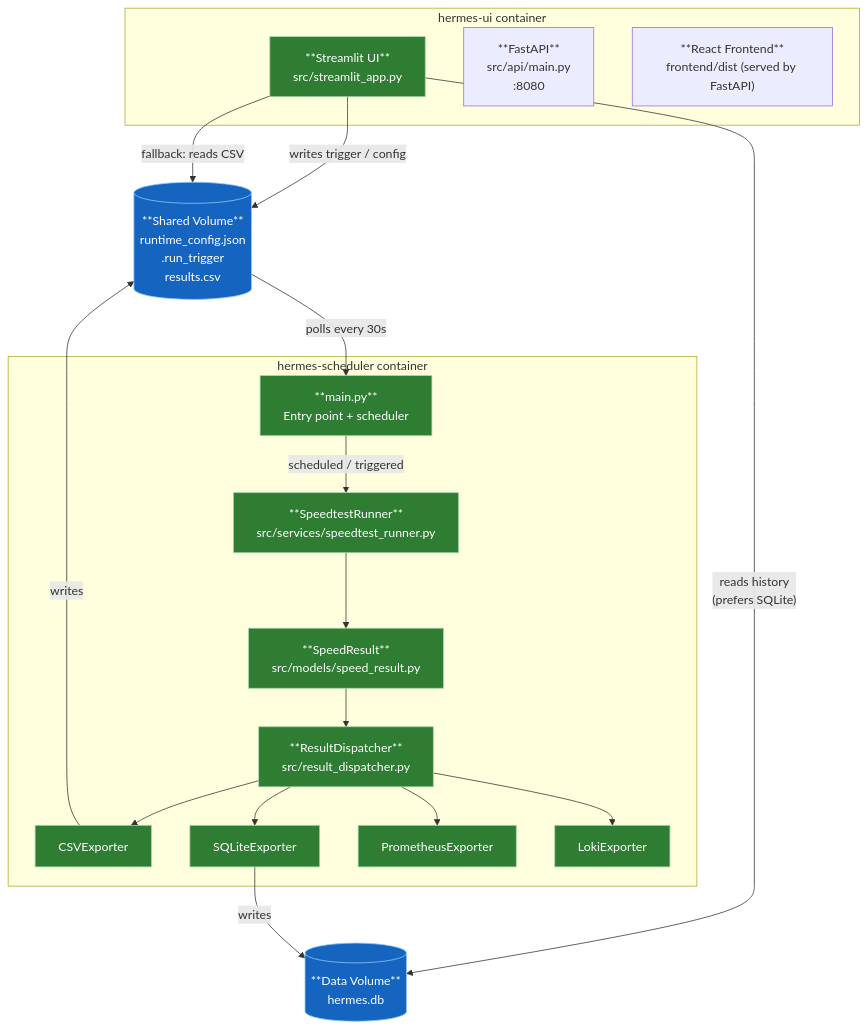
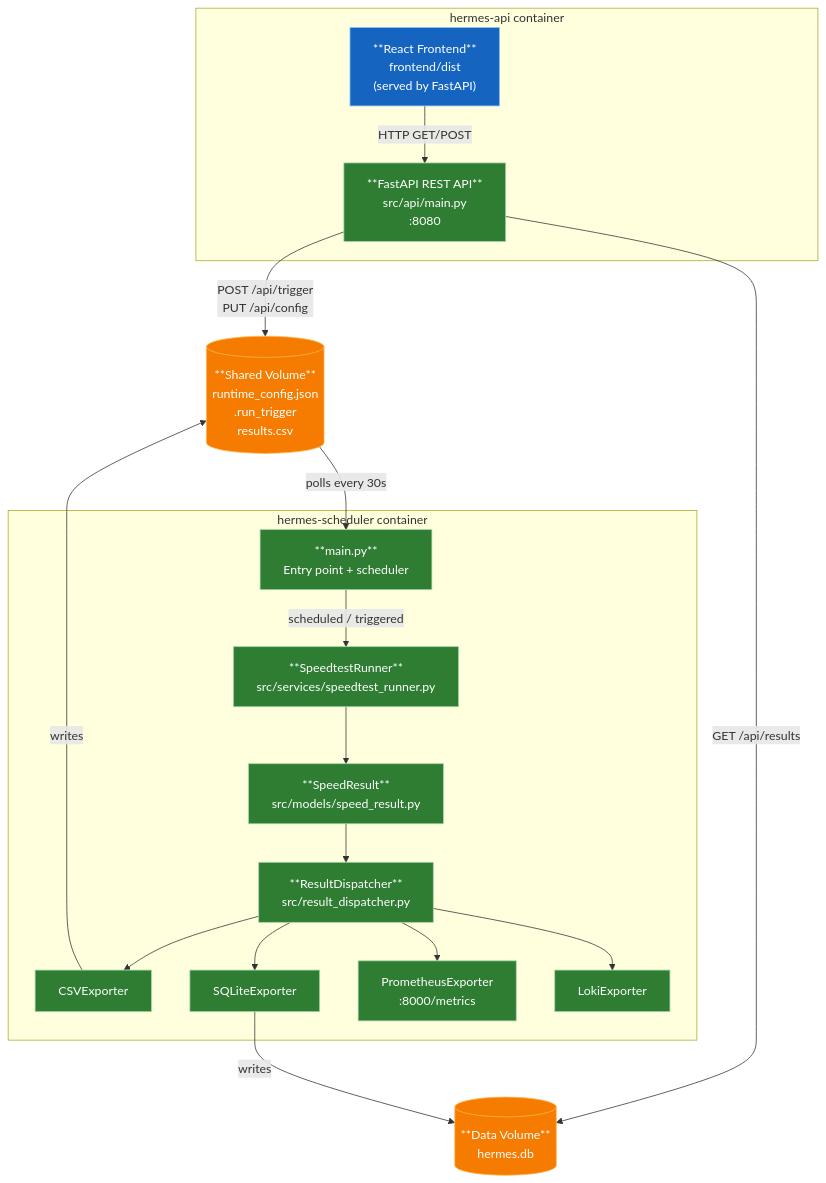
The first of 2 diagrams in README.md (fabell4/Hermes), drawn with Mermaid before and after one commit. The commit also changed other lines of this file and 2 other files, not shown here.

````diff
--- a/README.md
+++ b/README.md
@@ -10,48 +10,48 @@
 ```mermaid
 flowchart TD
-    subgraph UI_CONTAINER["hermes-ui container"]
-        UI["**Streamlit UI**\nsrc/streamlit_app.py"]
-        API["**FastAPI**\nsrc/api/main.py\n:8080"]
-        REACT["**React Frontend**\nfrontend/dist (served by FastAPI)"]
+    subgraph API_CONTAINER["hermes-api container"]
+        API["**FastAPI REST API**\nsrc/api/main.py\n:8080"]
+        REACT["**React Frontend**\nfrontend/dist\n(served by FastAPI)"]
     end
 
     subgraph SCHED_CONTAINER["hermes-scheduler container"]
         MAIN["**main.py**\nEntry point + scheduler"]
         RUNNER["**SpeedtestRunner**\nsrc/services/speedtest_runner.py"]
         MODEL["**SpeedResult**\nsrc/models/speed_result.py"]
         DISP["**ResultDispatcher**\nsrc/result_dispatcher.py"]
         CSV["CSVExporter"]
         SQLITE["SQLiteExporter"]
-        PROM["PrometheusExporter"]
+        PROM["PrometheusExporter\n:8000/metrics"]
         LOKI["LokiExporter"]
     end
 
     SHARED_VOL[("**Shared Volume**\nruntime_config.json\n.run_trigger\nresults.csv")]
     DATA_VOL[("**Data Volume**\nhermes.db")]
 
-    UI -- "writes trigger / config" --> SHARED_VOL
+    REACT -- "HTTP GET/POST" --> API
+    API -- "POST /api/trigger\nPUT /api/config" --> SHARED_VOL
+    API -- "GET /api/results" --> DATA_VOL
     SHARED_VOL -- "polls every 30s" --> MAIN
-    UI -- "reads history\n(prefers SQLite)" --> DATA_VOL
-    UI -- "fallback: reads CSV" --> SHARED_VOL
     MAIN -- "scheduled / triggered" --> RUNNER
     RUNNER --> MODEL
     MODEL --> DISP
     DISP --> CSV
     DISP --> SQLITE
     DISP --> PROM
     DISP --> LOKI
     CSV -- "writes" --> SHARED_VOL
     SQLITE -- "writes" --> DATA_VOL
 
-    style UI fill:#2e7d32,stroke:#a5d6a7,color:#ffffff
+    style API fill:#2e7d32,stroke:#a5d6a7,color:#ffffff
+    style REACT fill:#1565c0,stroke:#90caf9,color:#ffffff
     style MAIN fill:#2e7d32,stroke:#a5d6a7,color:#ffffff
     style RUNNER fill:#2e7d32,stroke:#a5d6a7,color:#ffffff
     style MODEL fill:#2e7d32,stroke:#a5d6a7,color:#ffffff
     style DISP fill:#2e7d32,stroke:#a5d6a7,color:#ffffff
     style CSV fill:#2e7d32,stroke:#a5d6a7,color:#ffffff
     style SQLITE fill:#2e7d32,stroke:#a5d6a7,color:#ffffff
     style PROM fill:#2e7d32,stroke:#a5d6a7,color:#ffffff
     style LOKI fill:#2e7d32,stroke:#a5d6a7,color:#ffffff
-    style SHARED_VOL fill:#1565c0,stroke:#90caf9,color:#ffffff
-    style DATA_VOL fill:#1565c0,stroke:#90caf9,color:#ffffff
+    style SHARED_VOL fill:#f57c00,stroke:#ffb74d,color:#ffffff
+    style DATA_VOL fill:#f57c00,stroke:#ffb74d,color:#ffffff
 ```
````
